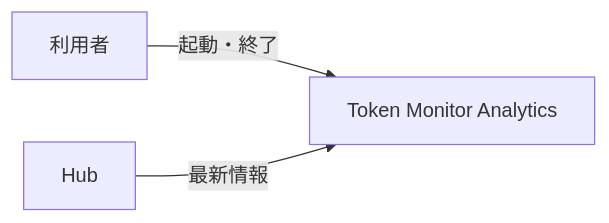
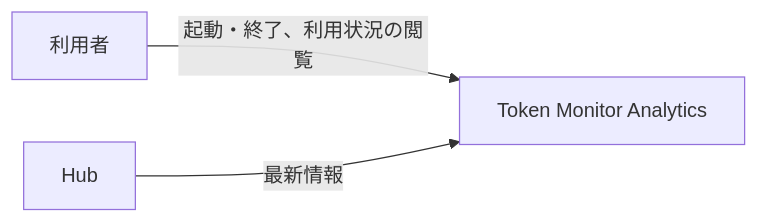
Before and after one commit to nuitsjp/token-monitor-analytics: the first of 5 diagrams in docs/architecture.md, drawn with Mermaid. The commit also changed other lines of this file and 2 other files, not shown here.

````diff
--- a/docs/architecture.md
+++ b/docs/architecture.md
@@ -15,5 +15,5 @@
 ```mermaid
 flowchart LR
-  user["利用者"] -->|"起動・終了"| analytics["Token Monitor Analytics"]
+  user["利用者"] -->|"起動・終了、利用状況の閲覧"| analytics["Token Monitor Analytics"]
   hub["Hub"] -->|"最新情報"| analytics
 ```
````
